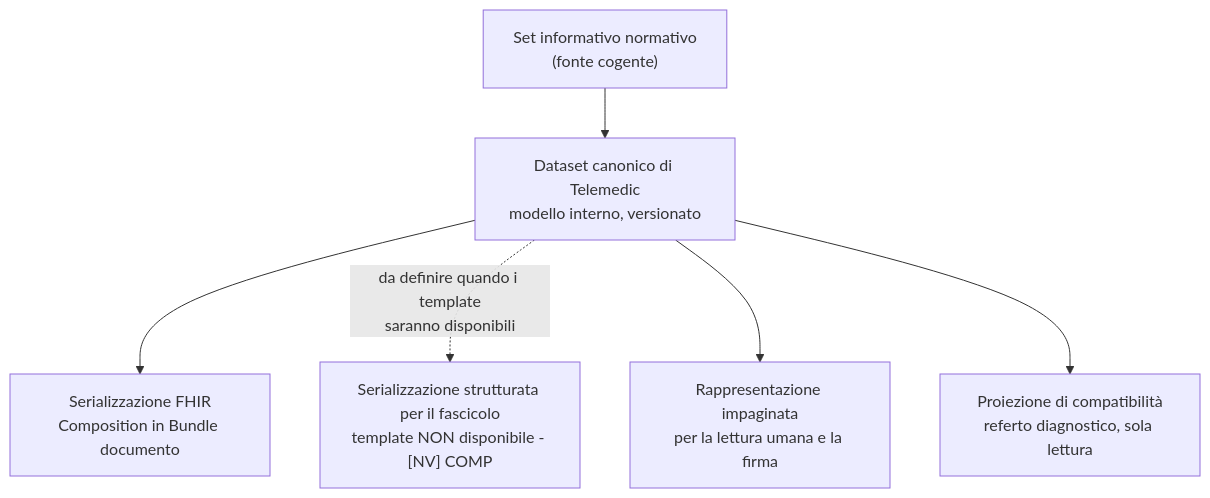
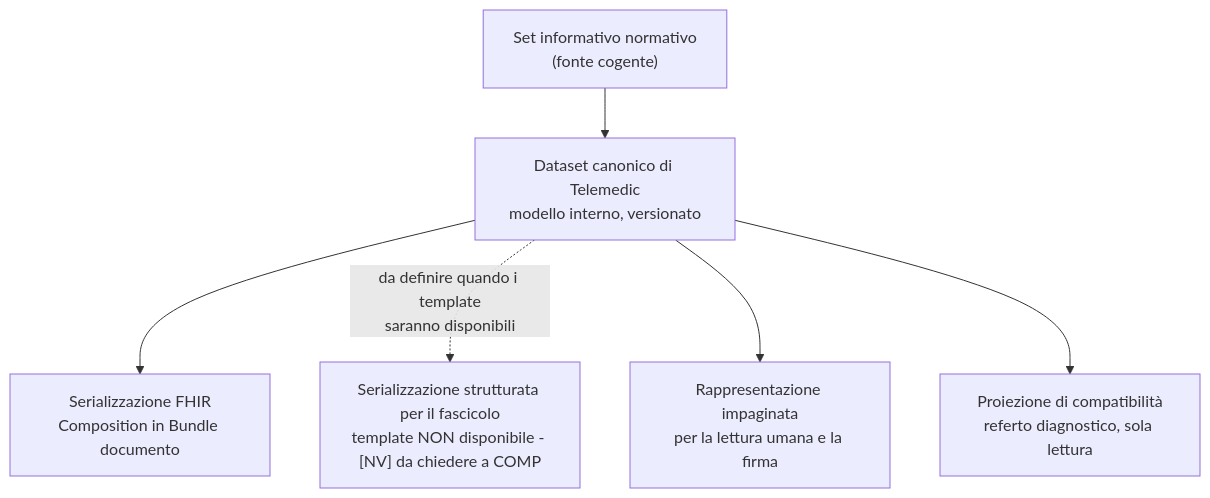
One commit to fedcal/Telemedic changed the first of 2 diagrams in docs/04_protocols/03-documenti-clinici.md. Above: the diagram before and after it, drawn with Mermaid. The commit also changed 19 other files, not shown here.

````diff
--- a/docs/04_protocols/03-documenti-clinici.md
+++ b/docs/04_protocols/03-documenti-clinici.md
@@ -39,14 +39,14 @@
 ```mermaid
 flowchart TD
     N["Set informativo normativo<br/>(fonte cogente)"]
     D["Dataset canonico di Telemedic<br/>modello interno, versionato"]
     S1["Serializzazione FHIR<br/>Composition in Bundle documento"]
-    S2["Serializzazione strutturata per il fascicolo<br/>template NON disponibile - [NV] COMP"]
+    S2["Serializzazione strutturata per il fascicolo<br/>template NON disponibile - [NV] da chiedere a COMP"]
     S3["Rappresentazione impaginata<br/>per la lettura umana e la firma"]
     S4["Proiezione di compatibilità<br/>referto diagnostico, sola lettura"]
     N --> D
     D --> S1
     D -.->|"da definire quando i template<br/>saranno disponibili"| S2
     D --> S3
     D --> S4
 ```
````
